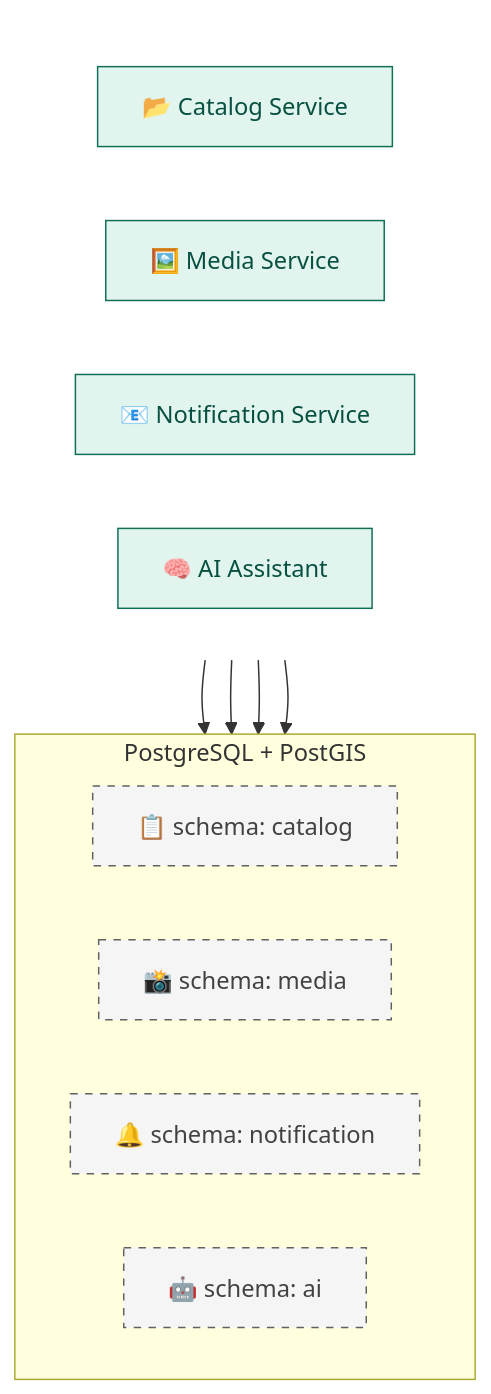
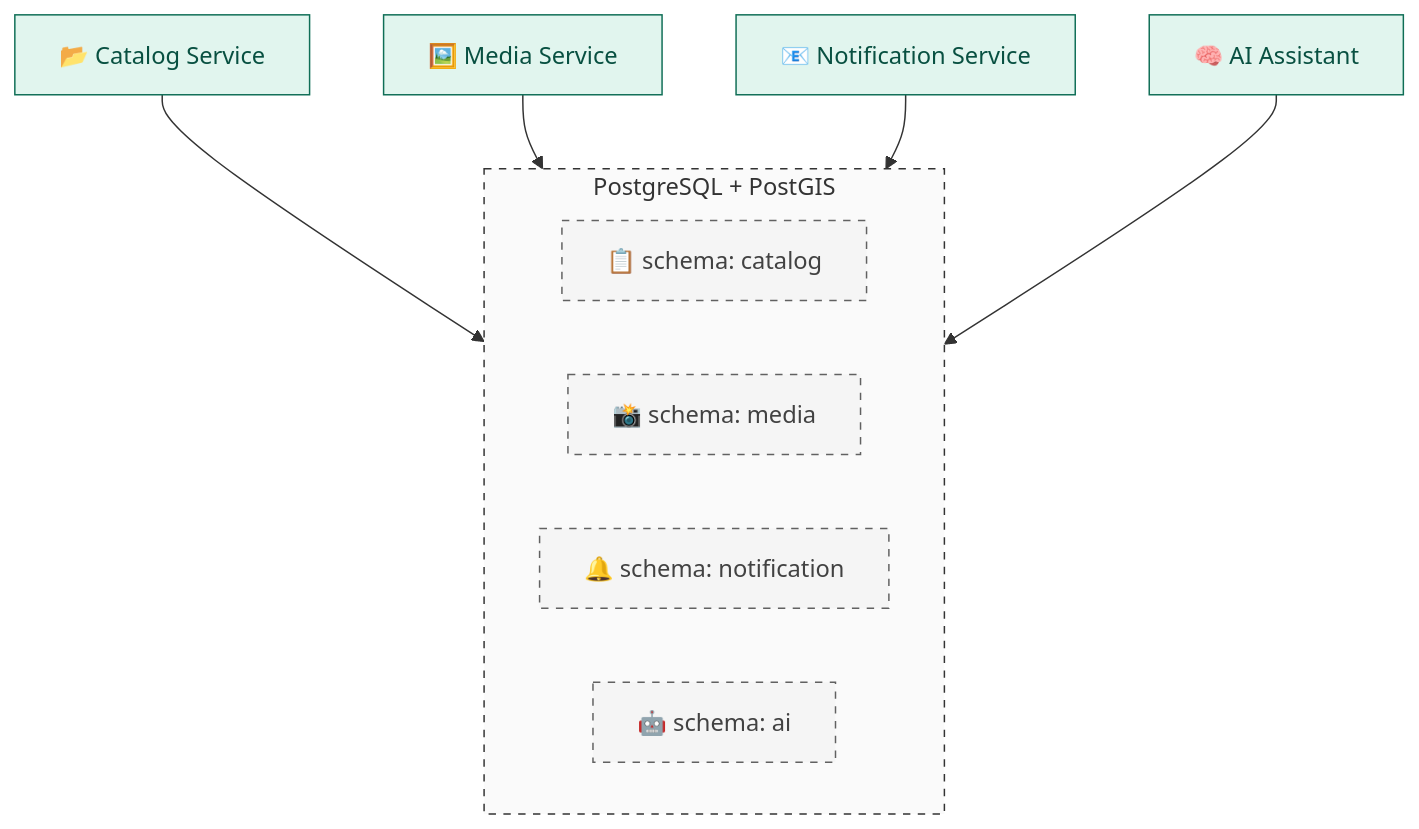
One commit to ldefrutos1/AI4Devs-finalproject changed the third of 19 diagrams in readme.md. Above: the diagram before and after it, drawn with Mermaid.

Commit message:
actualizacion readme

````diff
--- a/readme.md
+++ b/readme.md
@@ -416,32 +416,28 @@
 ```mermaid
 flowchart TB
     %% --- Estilos (Consistentes con los anteriores) ---
     classDef service fill:#E1F5EE,stroke:#0F6E56,stroke-width:1px,color:#085041;
     classDef db fill:#F5F5F5,stroke:#616161,stroke-width:1px,color:#424242,stroke-dasharray: 5 5;
+    classDef cluster fill:#FAFAFA,stroke:#333,stroke-width:1px,stroke-dasharray: 5 5;
 
-    %% --- Servicios (misma fila que los esquemas para alinear flechas) ---
-    subgraph svc[" "]
-        direction LR
-        CAT["📂 Catalog Service"]:::service
-        MED["🖼️ Media Service"]:::service
-        NS["📧 Notification Service"]:::service
-        AIS["🧠 AI Assistant"]:::service
-    end
+    %% --- Servicios (La capa de lógica) ---
+    CAT["📂 Catalog Service"]:::service
+    MED["🖼️ Media Service"]:::service
+    NS["📧 Notification Service"]:::service
+    AIS["🧠 AI Assistant"]:::service
 
-    %% --- PostgreSQL: un esquema por servicio ---
+    %% --- Subgraph PostgreSQL (La capa de almacenamiento) ---
     subgraph pg["PostgreSQL + PostGIS"]
         direction LR
         SCH_C["📋 schema: catalog"]:::db
         SCH_M["📸 schema: media"]:::db
         SCH_N["🔔 schema: notification"]:::db
         SCH_I["🤖 schema: ai"]:::db
     end
 
-    %% --- Relaciones (entre subgrafos: flecha al nodo destino, no al contenedor) ---
+    %% --- Relaciones (Unívocas) ---
     CAT --> SCH_C
     MED --> SCH_M
     NS --> SCH_N
     AIS --> SCH_I
-
-    style svc fill:none,stroke:none
 ```
````
